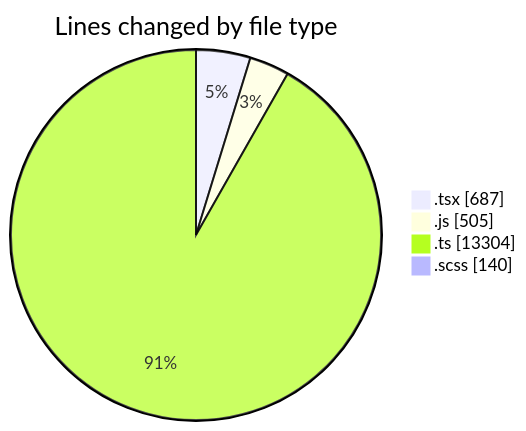
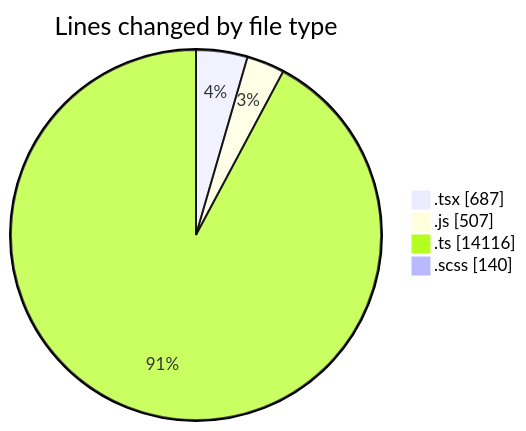
One commit to momahboobian/code-tracking changed the first of 2 diagrams in 2025-06-30/cda/README.md. Above: the diagram before and after it, drawn with Mermaid. The commit also changed other lines of this file and 1 other file, not shown here.

````diff
--- a/2025-06-30/cda/README.md
+++ b/2025-06-30/cda/README.md
@@ -29,8 +30,8 @@
 ```mermaid
 pie showData
 title Lines changed by file type
 ".tsx" : 687
-".js" : 505
-".ts" : 13304
+".js" : 507
+".ts" : 14116
 ".scss" : 140
 ```
````
